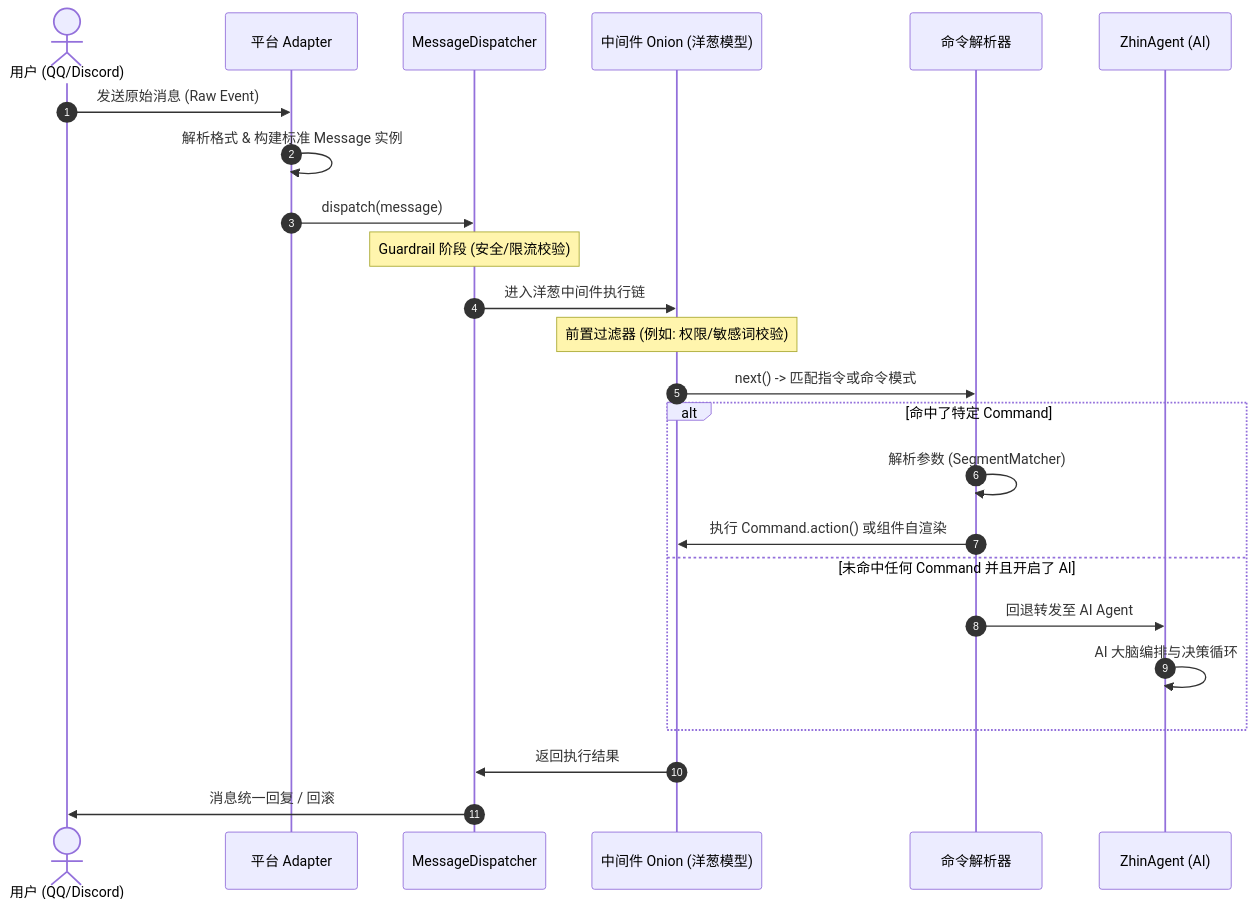
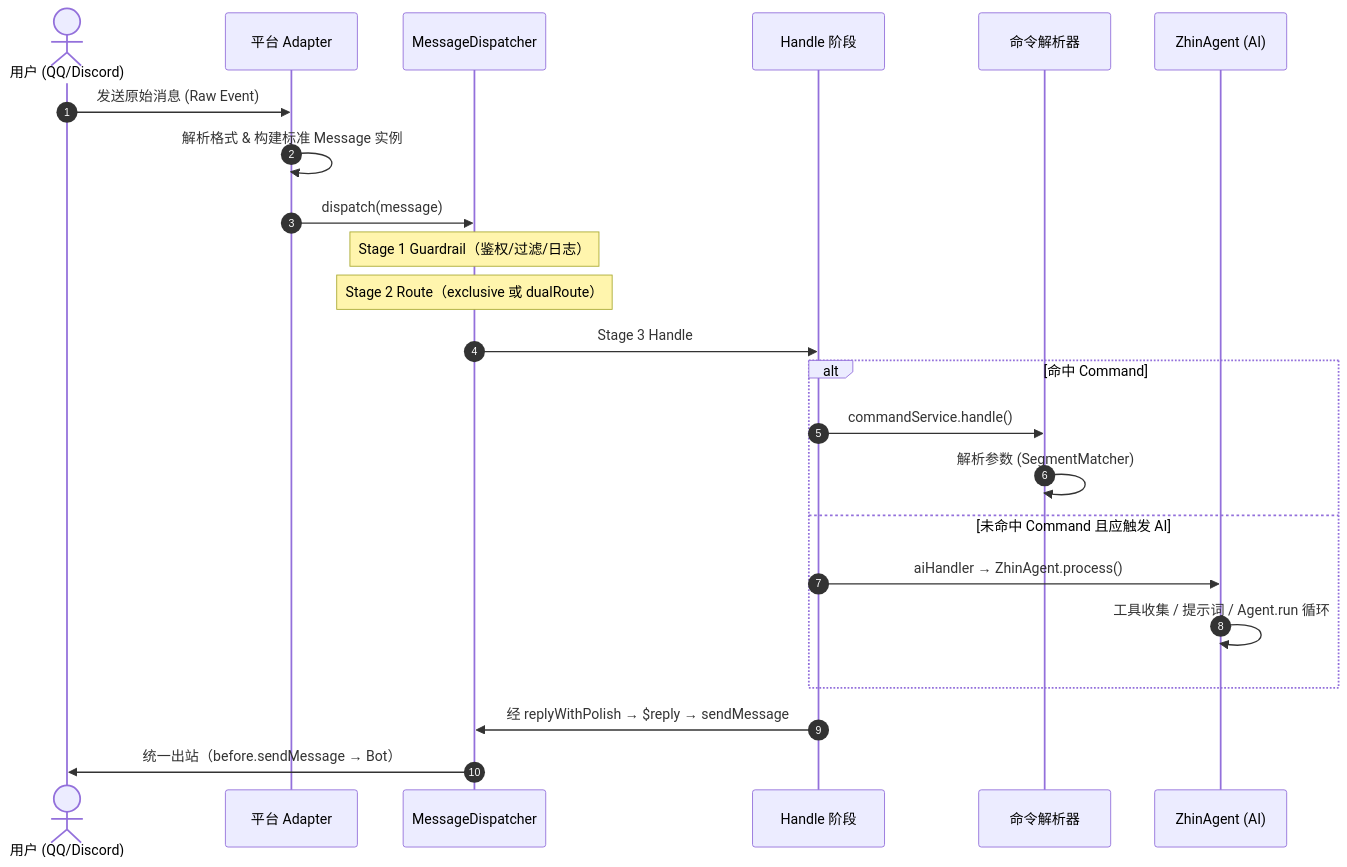
Before and after one commit to zhinjs/zhin: the second of 4 diagrams in README.md, drawn with Mermaid. The commit also changed other lines of this file and 69 other files, not shown here.

````diff
--- a/README.md
+++ b/README.md
@@ -308,27 +327,26 @@
 ```mermaid
 sequenceDiagram
     autonumber
     actor User as 用户 (QQ/Discord)
     participant Adapter as 平台 Adapter
     participant Disp as MessageDispatcher
-    participant Onion as 中间件 Onion (洋葱模型)
+    participant Handle as Handle 阶段
     participant Cmd as 命令解析器
     participant Agent as ZhinAgent (AI)
 
     User->>Adapter: 发送原始消息 (Raw Event)
     Adapter->>Adapter: 解析格式 & 构建标准 Message 实例
     Adapter->>Disp: dispatch(message)
-    Note over Disp: Guardrail 阶段 (安全/限流校验)
-    Disp->>Onion: 进入洋葱中间件执行链
-    Note over Onion: 前置过滤器 (例如: 权限/敏感词校验)
-    Onion->>Cmd: next() -> 匹配指令或命令模式
-    alt 命中了特定 Command
+    Note over Disp: Stage 1 Guardrail（鉴权/过滤/日志）
+    Note over Disp: Stage 2 Route（exclusive 或 dualRoute）
+    Disp->>Handle: Stage 3 Handle
+    alt 命中 Command
+        Handle->>Cmd: commandService.handle()
         Cmd->>Cmd: 解析参数 (SegmentMatcher)
-        Cmd->>Onion: 执行 Command.action() 或组件自渲染
-    else 未命中任何 Command 并且开启了 AI
-        Cmd->>Agent: 回退转发至 AI Agent
-        Agent->>Agent: AI 大脑编排与决策循环
+    else 未命中 Command 且应触发 AI
+        Handle->>Agent: aiHandler → ZhinAgent.process()
+        Agent->>Agent: 工具收集 / 提示词 / Agent.run 循环
     end
-    Onion->>Disp: 返回执行结果
-    Disp->>User: 消息统一回复 / 回滚
+    Handle->>Disp: 经 replyWithPolish → $reply → sendMessage
+    Disp->>User: 统一出站（before.sendMessage → Bot）
 ```
````
